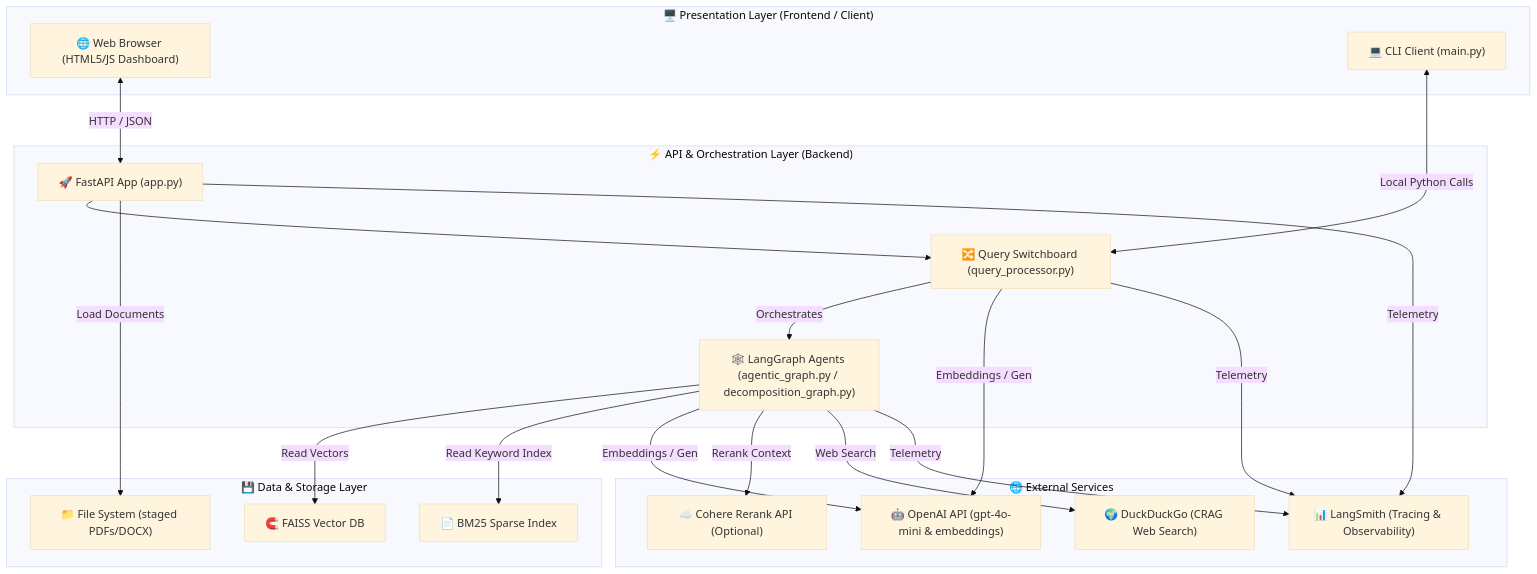
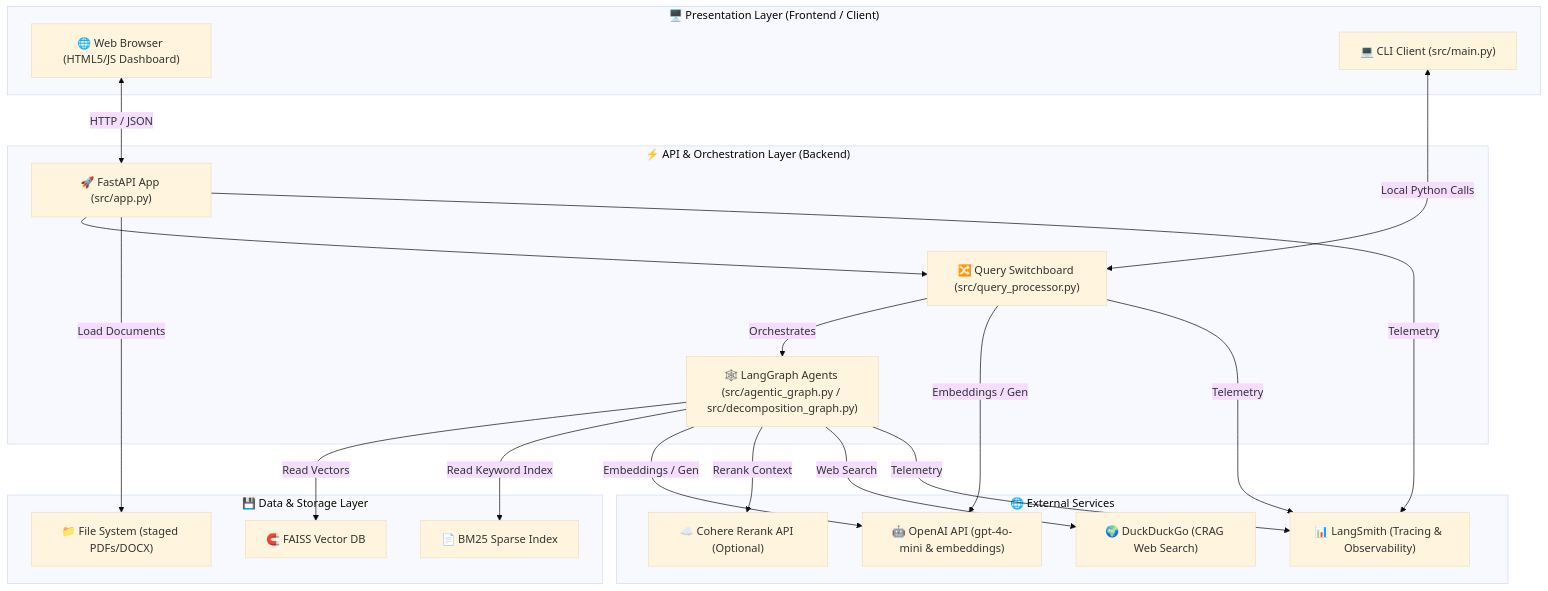
Before and after one commit to Sh1vaay/RAG: the first of 2 diagrams in README.md, drawn with Mermaid (base theme). The commit also changed other lines of this file and 10 other files, not shown here.

````diff
--- a/README.md
+++ b/README.md
@@ -69,42 +69,45 @@
 ```mermaid
 graph TB
     subgraph UI ["🖥️ Presentation Layer (Frontend / Client)"]
         Browser["🌐 Web Browser (HTML5/JS Dashboard)"]
-        CLI["💻 CLI Client (main.py)"]
+        CLI["💻 CLI Client (src/main.py)"]
     end
 
     subgraph API ["⚡ API & Orchestration Layer (Backend)"]
-        FastAPI["🚀 FastAPI App (app.py)"]
-        Router["🔀 Query Switchboard (query_processor.py)"]
-        LangGraph["🕸️ LangGraph Agents (agentic_graph.py / decomposition_graph.py)"]
+        FastAPI["🚀 FastAPI App (src/app.py)"]
+        Router["🔀 Query Switchboard (src/query_processor.py)"]
+        LangGraph["🕸️ LangGraph Agents (src/agentic_graph.py / src/decomposition_graph.py)"]
     end
 
     subgraph DATA ["💾 Data & Storage Layer"]
         FAISS["🧲 FAISS Vector DB"]
         BM25["📄 BM25 Sparse Index"]
         FS["📁 File System (staged PDFs/DOCX)"]
     end
 
     subgraph EXT ["🌐 External Services"]
         OpenAI["🤖 OpenAI API (gpt-4o-mini & embeddings)"]
         Cohere["☁️ Cohere Rerank API (Optional)"]
         DDG["🌍 DuckDuckGo (CRAG Web Search)"]
         LangSmith["📊 LangSmith (Tracing & Observability)"]
     end
 
     Browser <-->|HTTP / JSON| FastAPI
     CLI <-->|Local Python Calls| Router
     FastAPI --> Router
     Router -->|Orchestrates| LangGraph
     
     %% Data retrieval
     LangGraph -->|Read Vectors| FAISS
     LangGraph -->|Read Keyword Index| BM25
     FastAPI -->|Load Documents| FS
     
     %% External API calls
-    LangGraph & Router -->|Embeddings / Gen| OpenAI
+    LangGraph -->|Embeddings / Gen| OpenAI
+    Router -->|Embeddings / Gen| OpenAI
     LangGraph -->|Rerank Context| Cohere
     LangGraph -->|Web Search| DDG
-    FastAPI & LangGraph & Router -->|Telemetry| LangSmith
+    FastAPI -->|Telemetry| LangSmith
+    LangGraph -->|Telemetry| LangSmith
+    Router -->|Telemetry| LangSmith
 ```
````
